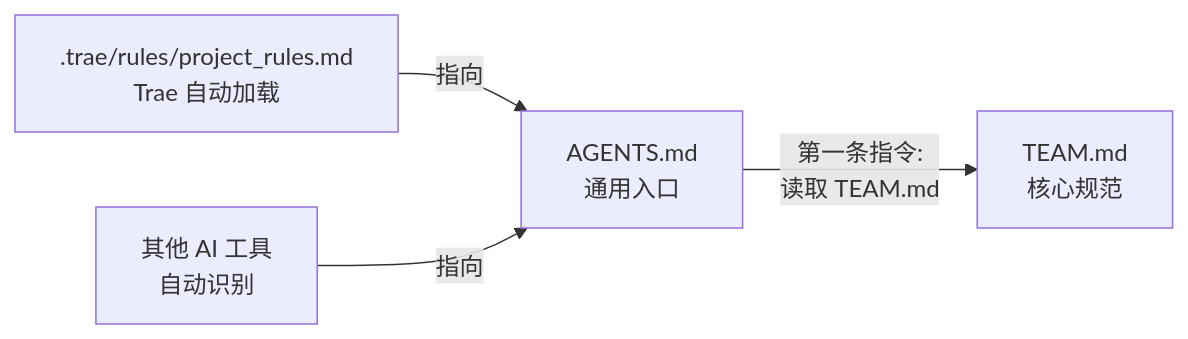
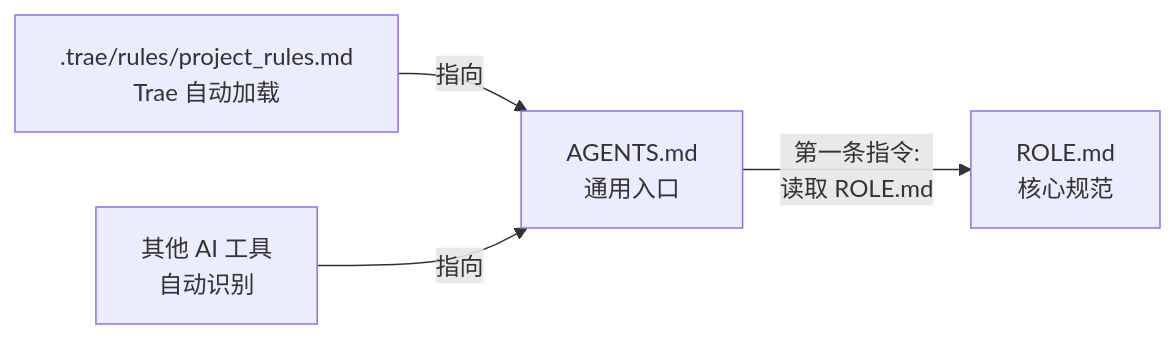
The eighth of 8 diagrams in ROLE.md (bambuo/TradeX), drawn with Mermaid before and after one commit. The commit also changed 1 other file, not shown here.

Commit message:
docs: 将核心规范文件引用从TEAM.md更新为ROLE.md
更新AGENTS.md中的文件引用，将核心规范文件名从TEAM.md更正为ROLE.md。同时更新流程图中的说明文本，保持文档间引用的一致性。

````diff
--- a/ROLE.md
+++ b/ROLE.md
@@ -1471,6 +1471,6 @@
 ```mermaid
 flowchart LR
-    A["AGENTS.md<br/>通用入口"] -->|"第一条指令:<br/>读取 TEAM.md"| B["TEAM.md<br/>核心规范"]
+    A["AGENTS.md<br/>通用入口"] -->|"第一条指令:<br/>读取 ROLE.md"| B["ROLE.md<br/>核心规范"]
     C[".trae/rules/project_rules.md<br/>Trae 自动加载"] -->|"指向"| A
     D["其他 AI 工具<br/>自动识别"] -->|"指向"| A
 ```
````
